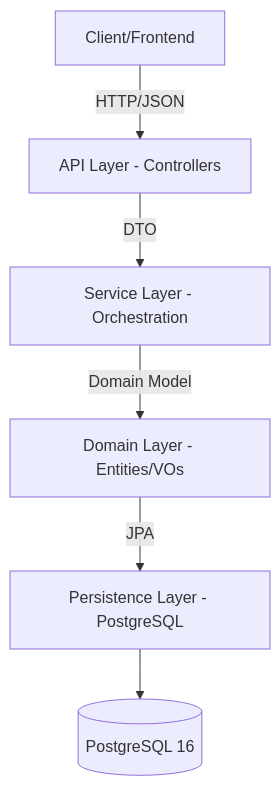
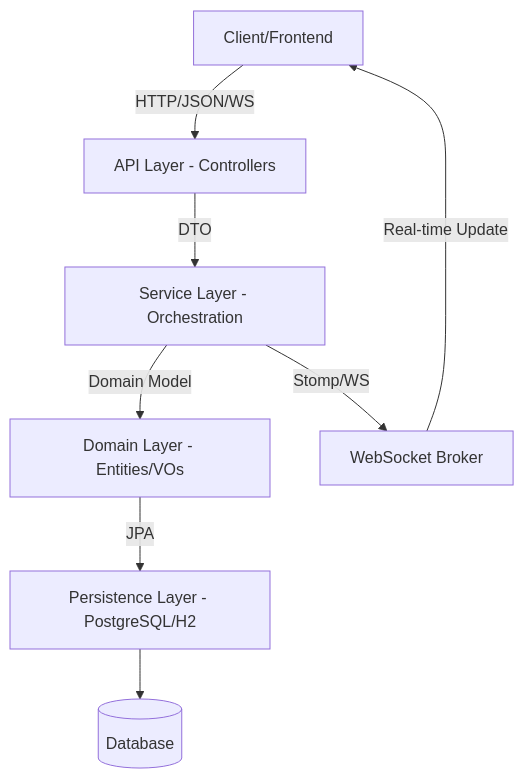
Before and after one commit to DessimA/delivery_system: the first of 2 diagrams in docs/en/ARCHITECTURE.md, drawn with Mermaid. The commit also changed other lines of this file and 92 other files, not shown here.

````diff
--- a/docs/en/ARCHITECTURE.md
+++ b/docs/en/ARCHITECTURE.md
@@ -7,8 +7,10 @@
 ```mermaid
 graph TD
-    Client[Client/Frontend] -- HTTP/JSON --> API[API Layer - Controllers]
+    Client[Client/Frontend] -- HTTP/JSON/WS --> API[API Layer - Controllers]
     API -- DTO --> Service[Service Layer - Orchestration]
     Service -- Domain Model --> Domain[Domain Layer - Entities/VOs]
-    Domain -- JPA --> Persistence[Persistence Layer - PostgreSQL]
-    Persistence --> DB[(PostgreSQL 16)]
+    Domain -- JPA --> Persistence[Persistence Layer - PostgreSQL/H2]
+    Persistence --> DB[(Database)]
+    Service -- Stomp/WS --> Broker[WebSocket Broker]
+    Broker -- Real-time Update --> Client
 ```
````
